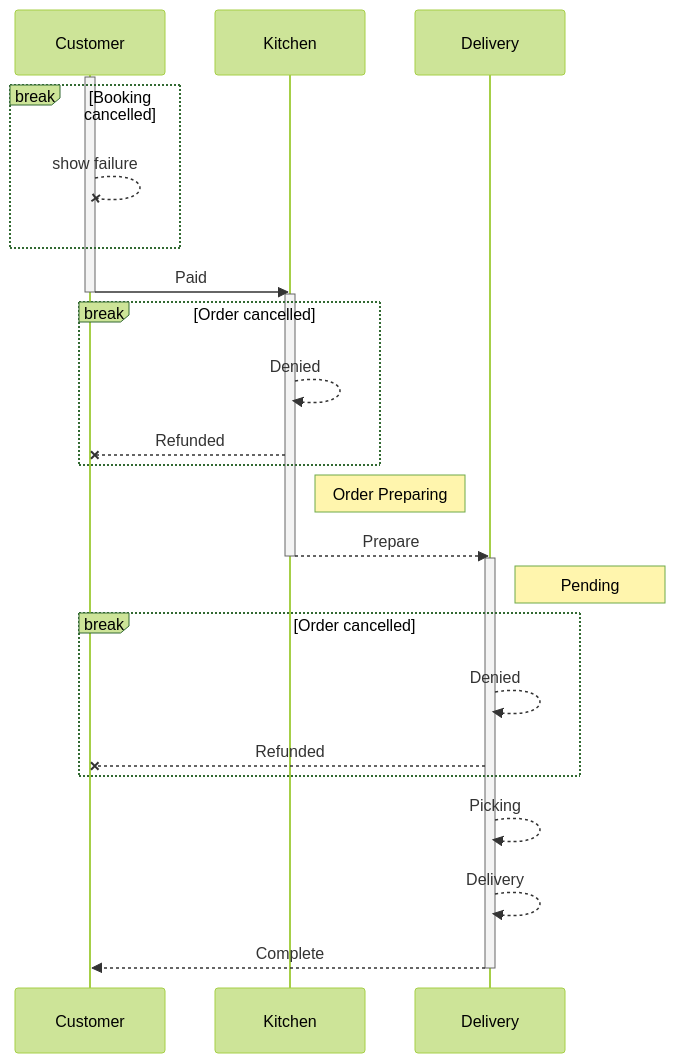
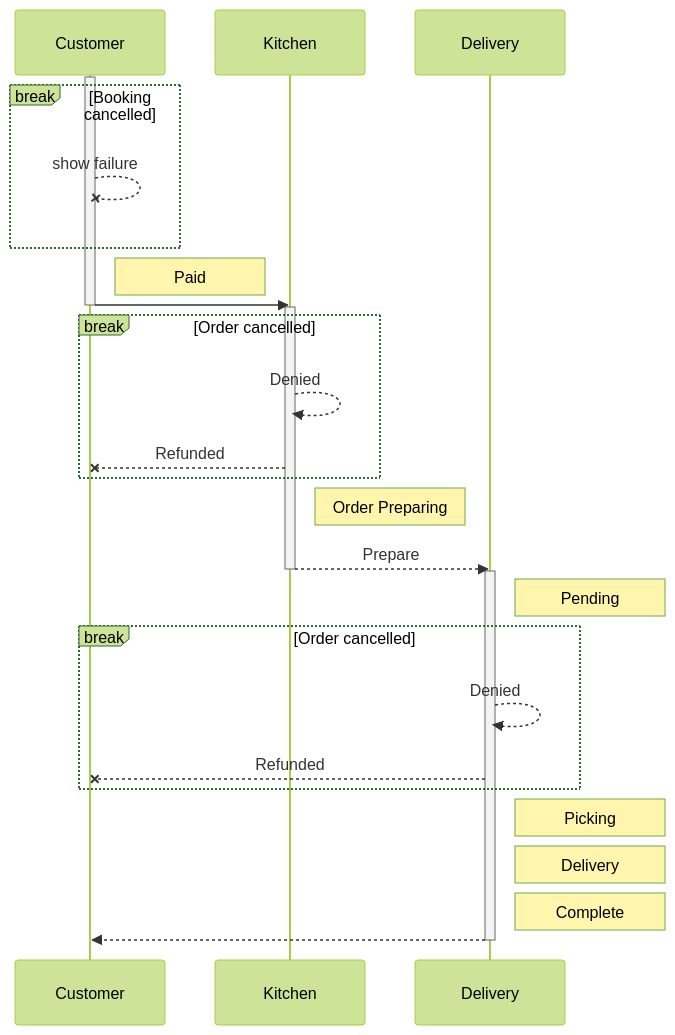
One commit to ya-yura/salatik changed the second of 3 diagrams in README.md. Above: the diagram before and after it, drawn with Mermaid (forest theme).

````diff
--- a/README.md
+++ b/README.md
@@ -184,36 +184,37 @@
 ```mermaid
 sequenceDiagram
 	activate Customer
 
 	break Booking cancelled
         Customer --x Customer: show failure
     end
-
-    Customer ->> Kitchen: Paid
+    Note right of Customer: Paid
+    Customer ->> Kitchen: 
 	deactivate Customer
 
 	activate Kitchen
 
 	break Order cancelled
     Kitchen -->> Kitchen: Denied
     Kitchen --x Customer: Refunded
     end
 
     Note right of Kitchen: Order Preparing
 
     Kitchen -->> Delivery: Prepare
 	deactivate Kitchen
  
 	activate Delivery
     Note right of Delivery: Pending
-	break Order cancelled
+    break Order cancelled
     Delivery -->> Delivery: Denied
     Delivery --x Customer: Refunded
     end
-    Delivery -->> Delivery: Picking
-    Delivery -->> Delivery: Delivery
-    Delivery -->> Customer: Complete
+    Note right of Delivery: Picking
+    Note right of Delivery: Delivery
+    Note right of Delivery: Complete
+    Delivery -->> Customer:
 	deactivate Delivery
 
 
 ```
````
